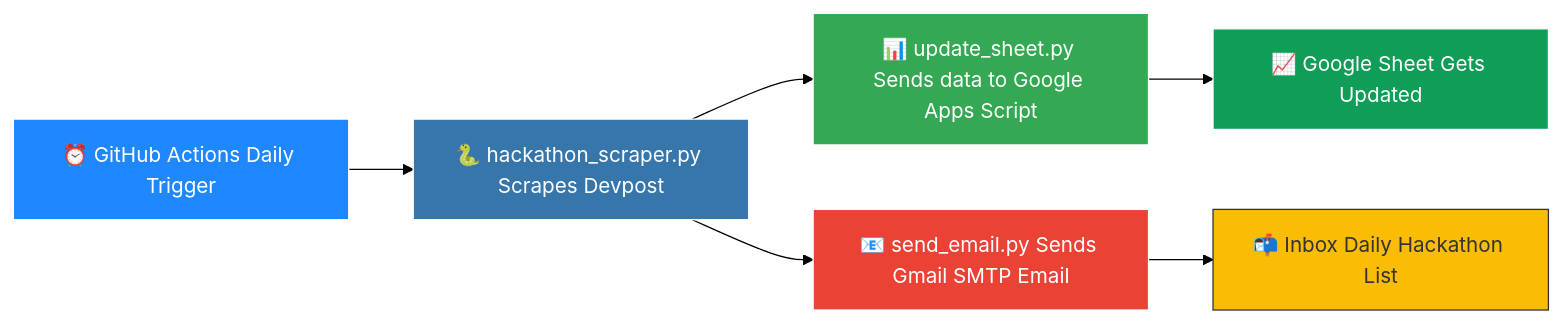
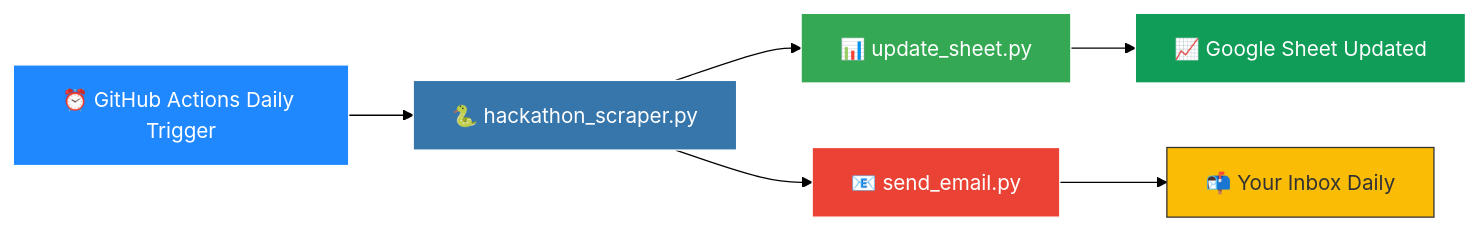
One commit to AbdulAzeemHashmi/hackathon-tracker changed the diagram in README.md. Above: the diagram before and after it, drawn with Mermaid (forest theme). The commit also changed other lines of this file, not shown here.

````diff
--- a/README.md
+++ b/README.md
@@ -32,15 +52,15 @@
 ```mermaid
 flowchart LR
-    A[⏰ GitHub Actions Daily Trigger] --> B[🐍 hackathon_scraper.py Scrapes Devpost]
-    B --> C[📊 update_sheet.py Sends data to Google Apps Script]
-    C --> D[📈 Google Sheet Gets Updated]
-    B --> E[📧 send_email.py Sends Gmail SMTP Email]
-    E --> F[📬 Inbox Daily Hackathon List]
+    A[⏰ GitHub Actions Daily Trigger] --> B[🐍 hackathon_scraper.py]
+    B --> C[📊 update_sheet.py]
+    C --> D[📈 Google Sheet Updated]
+    B --> E[📧 send_email.py]
+    E --> F[📬 Your Inbox Daily]
 
     style A fill:#2088FF,stroke:#fff,color:#fff
     style B fill:#3776AB,stroke:#fff,color:#fff
     style C fill:#34A853,stroke:#fff,color:#fff
     style D fill:#0F9D58,stroke:#fff,color:#fff
     style E fill:#EA4335,stroke:#fff,color:#fff
     style F fill:#FBBC05,stroke:#333,color:#333
 ```
````
